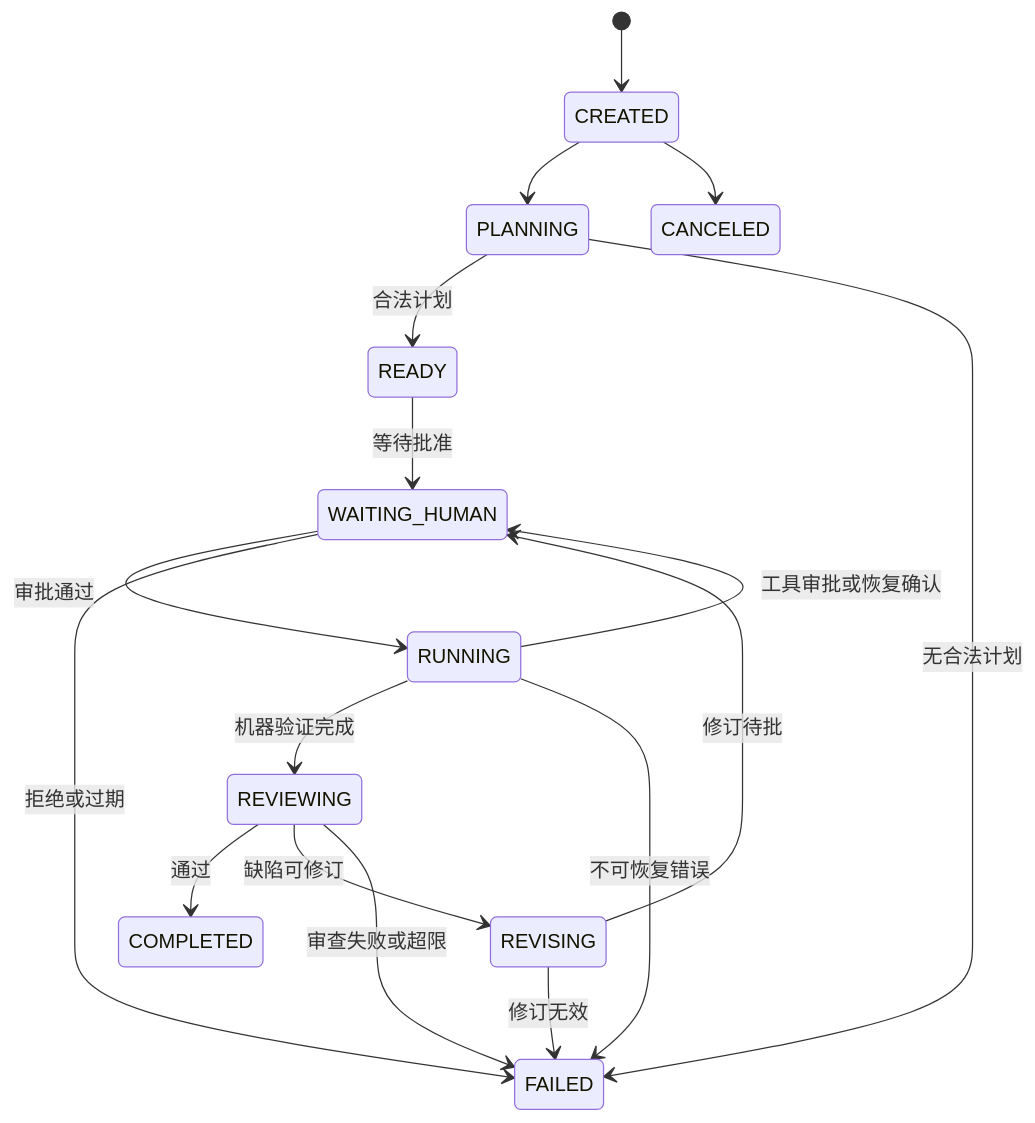
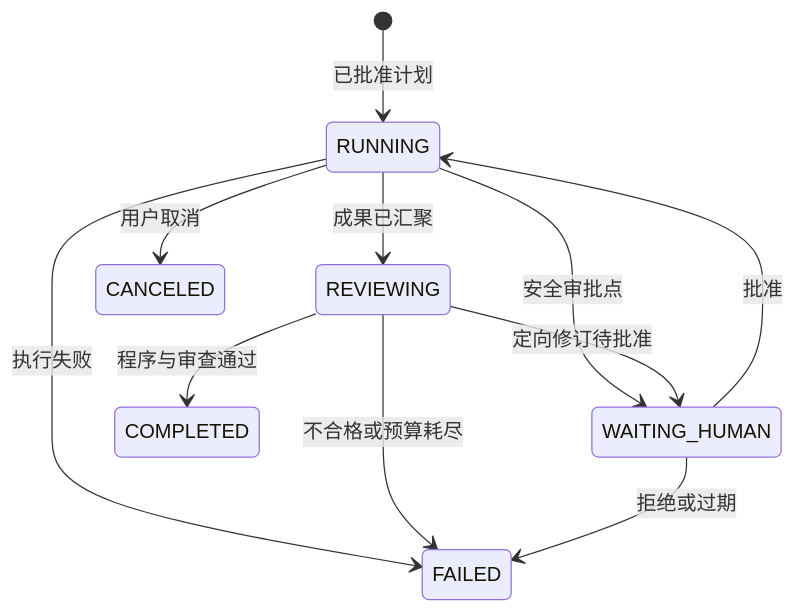
One commit to cocoliler/SE-lib changed the diagram in docs/architecture/STATE_MANAGEMENT.md. Above: the diagram before and after it, drawn with Mermaid. The commit also changed other lines of this file and 26 other files, not shown here.

Commit message:
docs: 更新 FlowStudio v3 设计与选课验收方案

````diff
--- a/docs/architecture/STATE_MANAGEMENT.md
+++ b/docs/architecture/STATE_MANAGEMENT.md
@@ -2,19 +3,13 @@
 ```mermaid
 stateDiagram-v2
- [*] --> CREATED
- CREATED --> PLANNING
- PLANNING --> READY: 合法计划
- READY --> WAITING_HUMAN: 等待批准
- WAITING_HUMAN --> RUNNING: 审批通过
- RUNNING --> REVIEWING: 机器验证完成
- REVIEWING --> COMPLETED: 通过
- REVIEWING --> REVISING: 缺陷可修订
- REVISING --> WAITING_HUMAN: 修订待批
- RUNNING --> WAITING_HUMAN: 工具审批或恢复确认
- RUNNING --> FAILED: 不可恢复错误
- PLANNING --> FAILED: 无合法计划
- REVIEWING --> FAILED: 审查失败或超限
+ [*] --> RUNNING: 已批准计划
+ RUNNING --> WAITING_HUMAN: 安全审批点
+ WAITING_HUMAN --> RUNNING: 批准
+ RUNNING --> REVIEWING: 成果已汇聚
+ REVIEWING --> COMPLETED: 程序与审查通过
+ REVIEWING --> WAITING_HUMAN: 定向修订待批准
+ RUNNING --> FAILED: 执行失败
+ REVIEWING --> FAILED: 不合格或预算耗尽
  WAITING_HUMAN --> FAILED: 拒绝或过期
- REVISING --> FAILED: 修订无效
- CREATED --> CANCELED
+ RUNNING --> CANCELED: 用户取消
 ```
````
